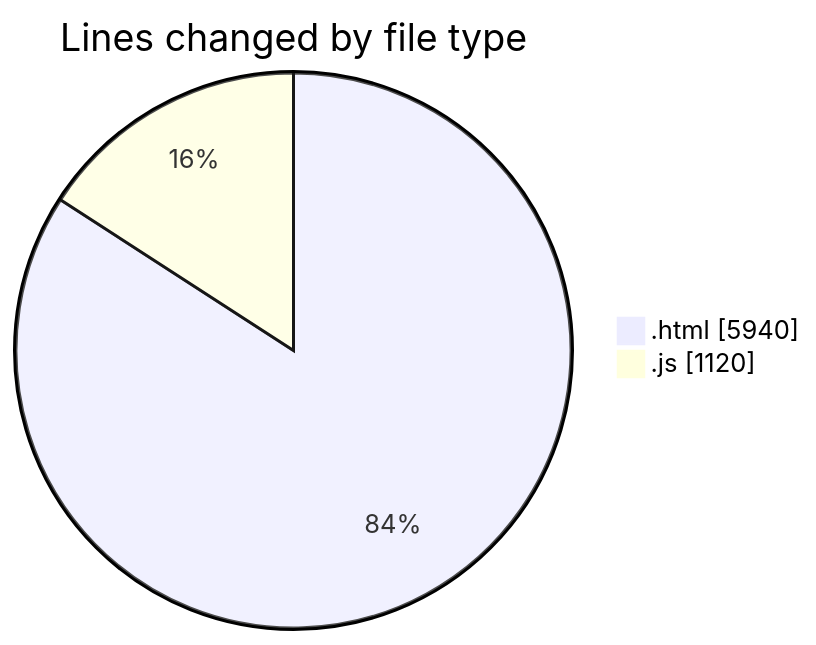
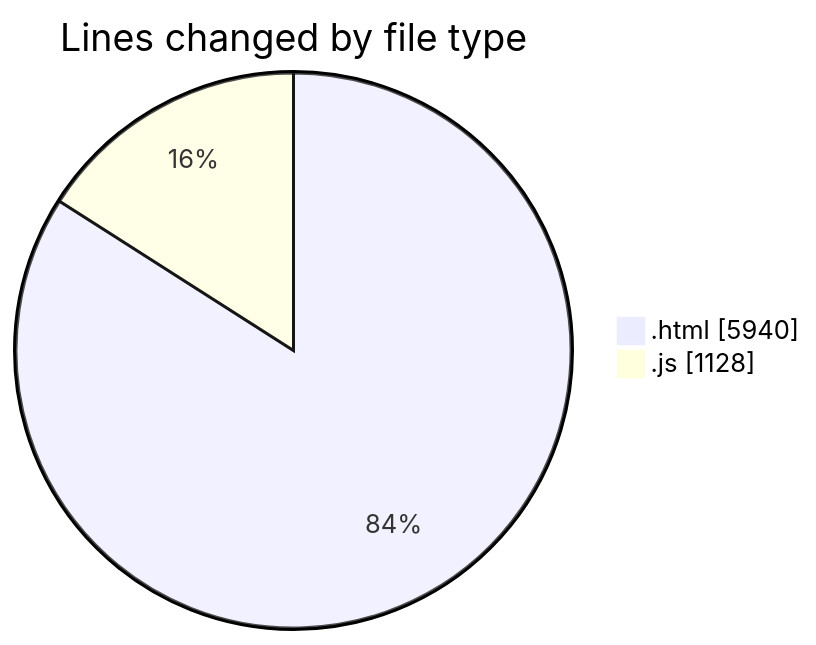
The first of 2 diagrams in 2025-08-10/nxtqube_webapp/README.md (nxtqubesakshisongat/code-tracking), drawn with Mermaid before and after one commit. The commit also changed other lines of this file and 1 other file, not shown here.

````diff
--- a/2025-08-10/nxtqube_webapp/README.md
+++ b/2025-08-10/nxtqube_webapp/README.md
@@ -23,6 +23,6 @@
 ```mermaid
 pie showData
 title Lines changed by file type
 ".html" : 5940
-".js" : 1120
+".js" : 1128
 ```
````
